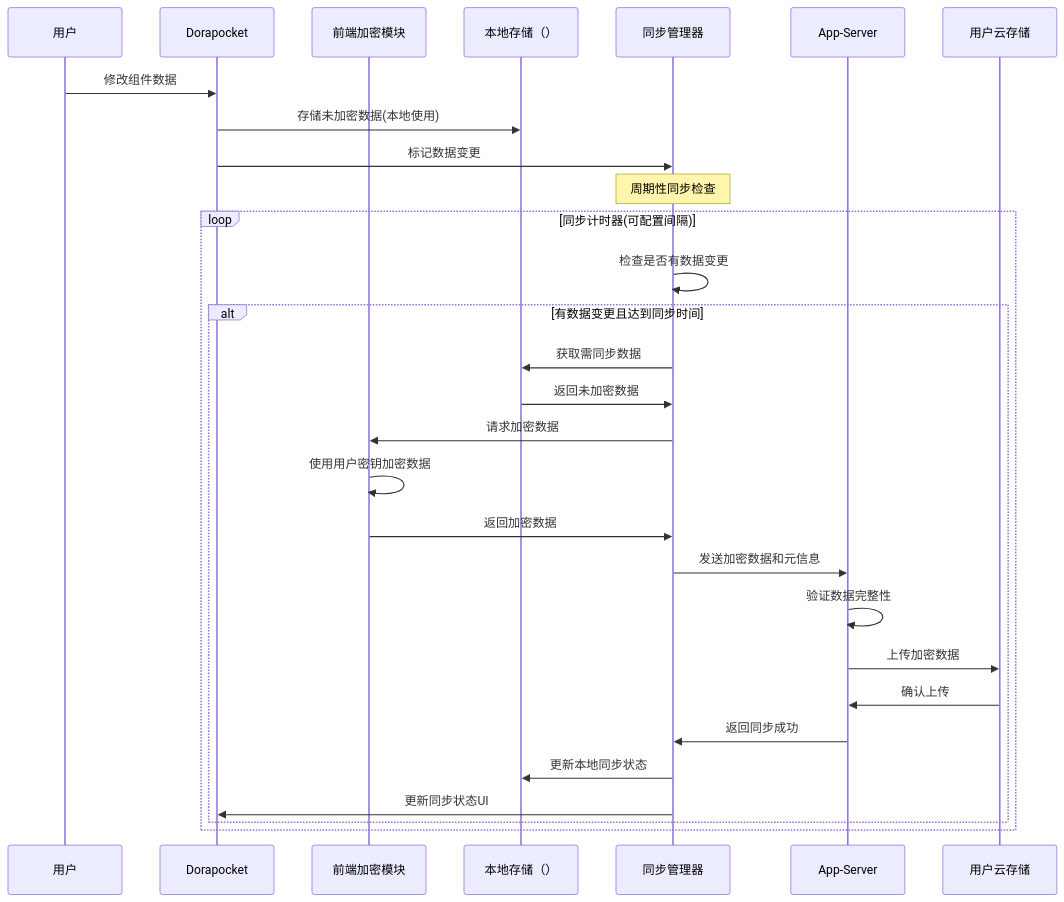
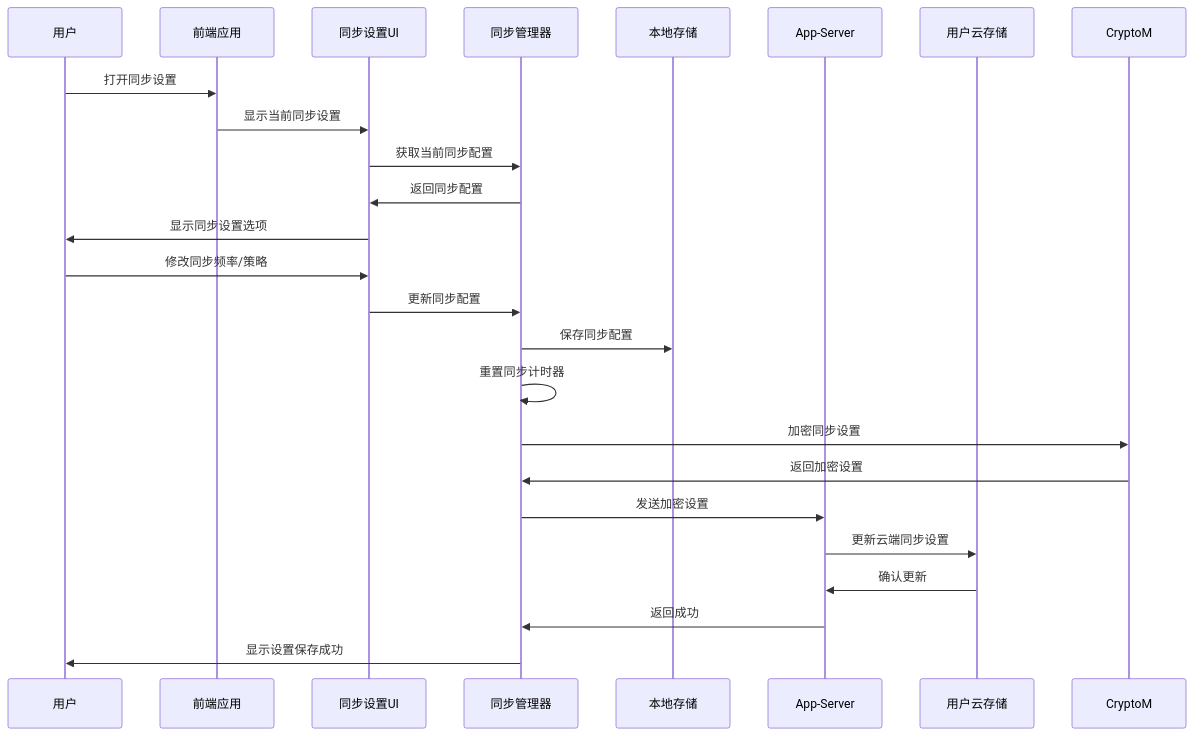
The diagram in all/未命名-34.md (yingjianzh/iodraw-files), drawn with Mermaid before and after one commit.

Commit message:
2025-04-17 15:15:44 update

````diff
--- a/all/未命名-34.md
+++ b/all/未命名-34.md
@@ -1,35 +1,29 @@
 ```mermaid
 sequenceDiagram
     participant User as 用户
-    participant Frontend as Dorapocket
-    participant CryptoM as 前端加密模块
-    participant LocalDB as 本地存储（）
+    participant Frontend as 前端应用
+    participant SyncSettings as 同步设置UI
     participant SyncM as 同步管理器
+    participant LocalDB as 本地存储
     participant AppServer as App-Server
     participant UserCloud as 用户云存储
     
-    User->>Frontend: 修改组件数据
-    Frontend->>LocalDB: 存储未加密数据(本地使用)
-    Frontend->>SyncM: 标记数据变更
+    User->>Frontend: 打开同步设置
+    Frontend->>SyncSettings: 显示当前同步设置
+    SyncSettings->>SyncM: 获取当前同步配置
+    SyncM->>SyncSettings: 返回同步配置
+    SyncSettings->>User: 显示同步设置选项
     
-    note over SyncM: 周期性同步检查
+    User->>SyncSettings: 修改同步频率/策略
+    SyncSettings->>SyncM: 更新同步配置
+    SyncM->>LocalDB: 保存同步配置
+    SyncM->>SyncM: 重置同步计时器
     
-    loop 同步计时器(可配置间隔)
-        SyncM->>SyncM: 检查是否有数据变更
-        
-        alt 有数据变更且达到同步时间
-            SyncM->>LocalDB: 获取需同步数据
-            LocalDB->>SyncM: 返回未加密数据
-            SyncM->>CryptoM: 请求加密数据
-            CryptoM->>CryptoM: 使用用户密钥加密数据
-            CryptoM->>SyncM: 返回加密数据
-            SyncM->>AppServer: 发送加密数据和元信息
-            AppServer->>AppServer: 验证数据完整性
-            AppServer->>UserCloud: 上传加密数据
-            UserCloud->>AppServer: 确认上传
-            AppServer->>SyncM: 返回同步成功
-            SyncM->>LocalDB: 更新本地同步状态
-            SyncM->>Frontend: 更新同步状态UI
-        end
-    end
+    SyncM->>CryptoM: 加密同步设置
+    CryptoM->>SyncM: 返回加密设置
+    SyncM->>AppServer: 发送加密设置
+    AppServer->>UserCloud: 更新云端同步设置
+    UserCloud->>AppServer: 确认更新
+    AppServer->>SyncM: 返回成功
+    SyncM->>User: 显示设置保存成功
 ```
````
